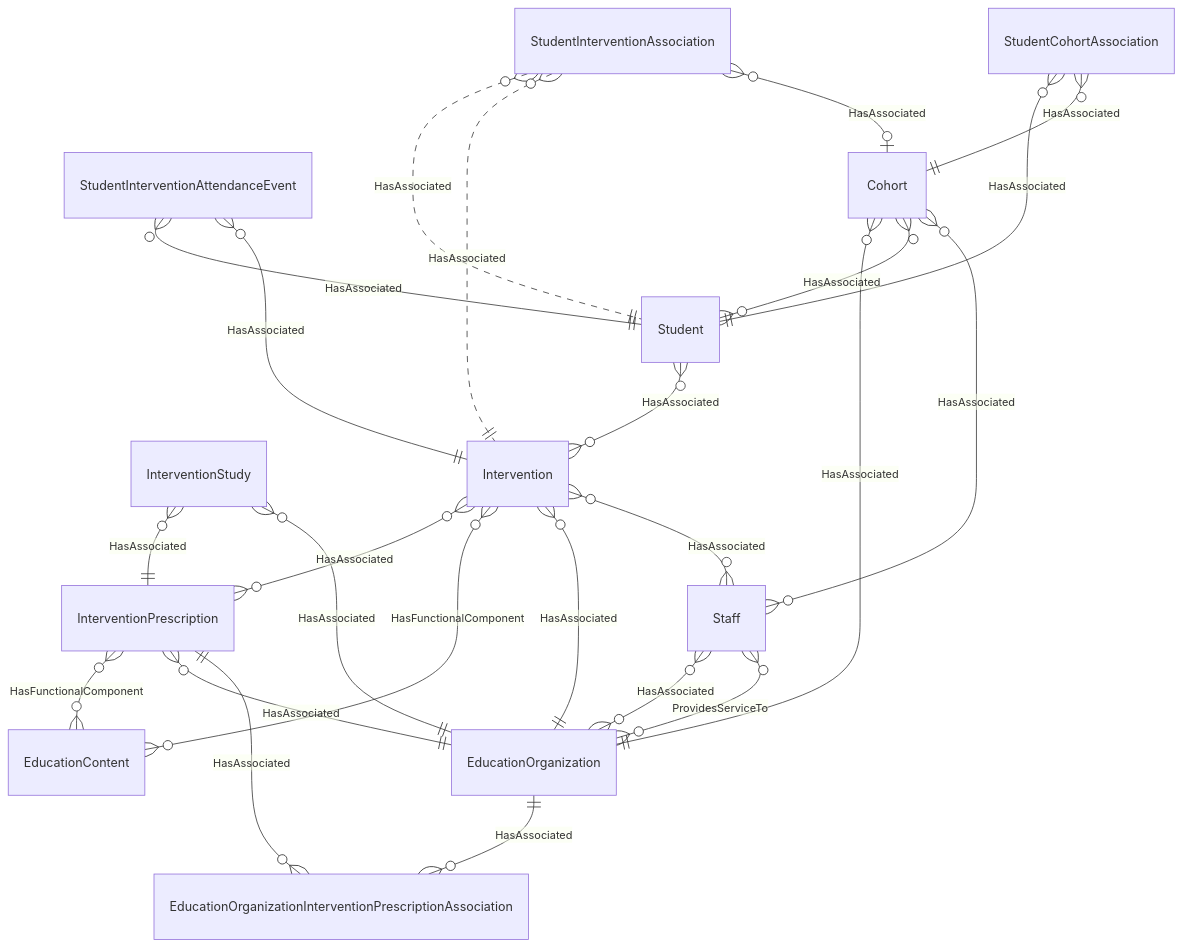
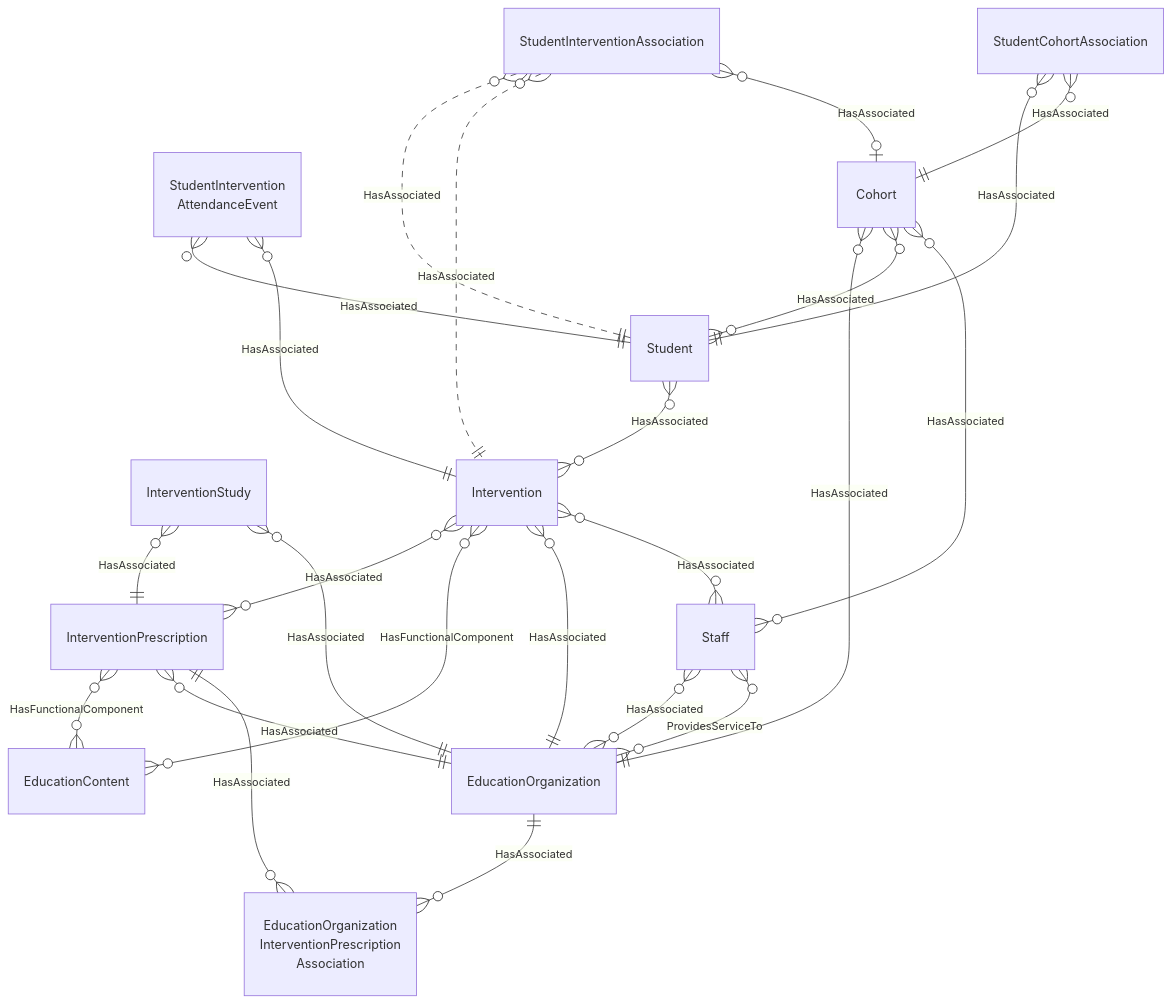
Before and after one commit to Ed-Fi-Alliance-OSS/ed-fi-alliance-oss.github.io: the diagram in dataStandard_versioned_docs/version-6/model-reference/intervention-domain/Intervention-simple.mmd, drawn with Mermaid. The commit also changed 20 other files, not shown here.

First line of the commit message:
Added Alternate Label Text and Line Breaks to Simple Diagrams

```diff
--- a/dataStandard_versioned_docs/version-6/model-reference/intervention-domain/Intervention-simple.mmd
+++ b/dataStandard_versioned_docs/version-6/model-reference/intervention-domain/Intervention-simple.mmd
@@ -1,48 +1,48 @@
 erDiagram
     InterventionStudy {
     }
     EducationContent {
     }
     InterventionPrescription {
     }
     Intervention {
     }
-    EducationOrganizationInterventionPrescriptionAssociation {
+    EducationOrganizationInterventionPrescriptionAssociation["EducationOrganization<br/>InterventionPrescription<br/>Association"] {
     }
     StudentInterventionAssociation {
     }
-    StudentInterventionAttendanceEvent {
+    StudentInterventionAttendanceEvent["StudentIntervention<br/>AttendanceEvent"] {
     }
     StudentCohortAssociation {
     }
     Cohort {
     }
     Student {
     }
     EducationOrganization {
     }
     Staff {
     }
     Intervention }o--o{ InterventionPrescription : "HasAssociated"
     Intervention }o--o{ EducationContent : "HasFunctionalComponent"
     Intervention }o--|| EducationOrganization : "HasAssociated"
     Intervention }o--o{ Staff : "HasAssociated"
     Student }o--o{ Intervention : "HasAssociated"
     StudentInterventionAssociation }o..|| Student : "HasAssociated"
     StudentInterventionAssociation }o..|| Intervention : "HasAssociated"
     InterventionPrescription }o--o{ EducationContent : "HasFunctionalComponent"
     InterventionPrescription }o--|| EducationOrganization : "HasAssociated"
     InterventionStudy }o--|| InterventionPrescription : "HasAssociated"
     InterventionStudy }o--|| EducationOrganization : "HasAssociated"
     EducationOrganization ||--o{ EducationOrganizationInterventionPrescriptionAssociation : "HasAssociated"
     InterventionPrescription ||--o{ EducationOrganizationInterventionPrescriptionAssociation : "HasAssociated"  
     StudentInterventionAssociation }o--o| Cohort : "HasAssociated"
     StudentInterventionAttendanceEvent }o--|| Student : "HasAssociated"
     StudentInterventionAttendanceEvent }o--|| Intervention : "HasAssociated"
     StudentCohortAssociation }o--|| Student : "HasAssociated"
     StudentCohortAssociation }o--|| Cohort : "HasAssociated"
     Cohort }o--|| EducationOrganization : "HasAssociated"
     Cohort }o--o{ Student : "HasAssociated"
     Cohort }o--o{ Staff : "HasAssociated"
     Staff }o--o{ EducationOrganization : "HasAssociated"
     Staff }o--o{ EducationOrganization : "ProvidesServiceTo"
```
